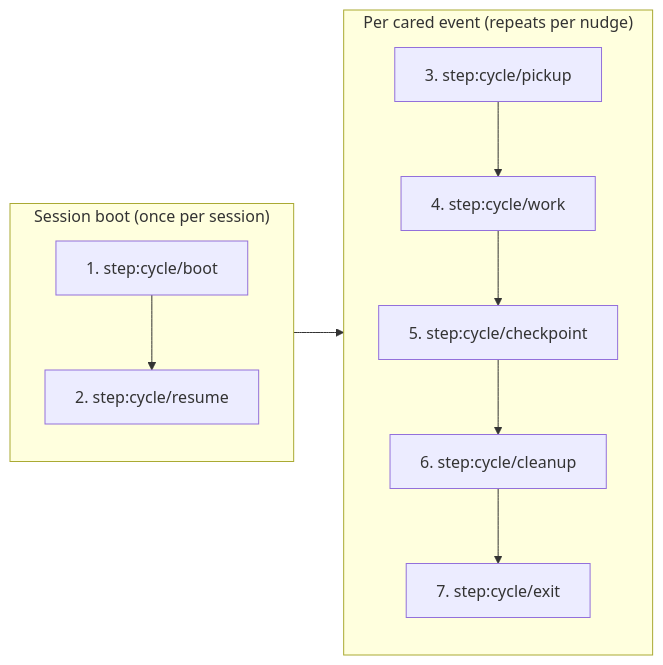
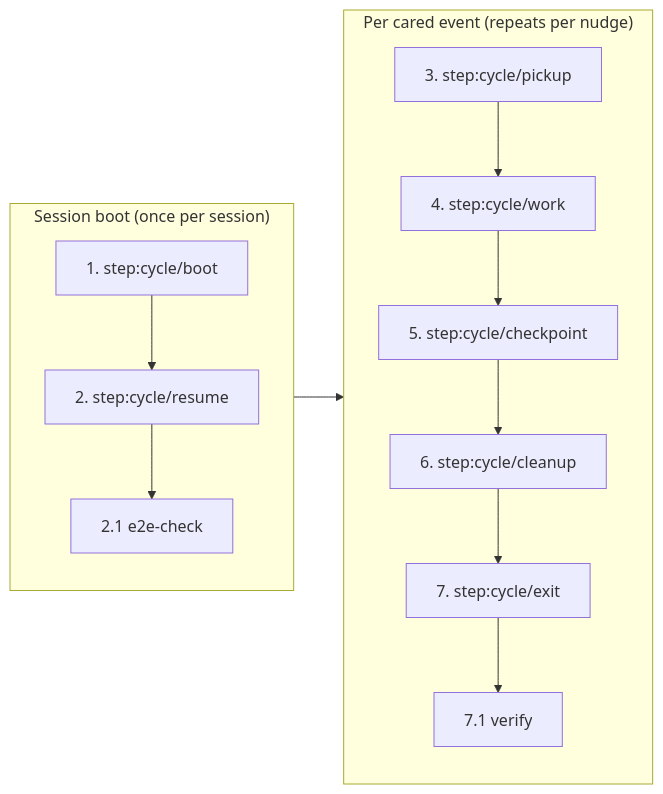
Before and after one commit to WallyDoodlez/SquidSquad: the fourth of 4 diagrams in .squidsquad/qa/CLAUDE.linked.md, drawn with Mermaid. The commit also changed other lines of this file and 11 other files, not shown here.

````diff
--- a/.squidsquad/qa/CLAUDE.linked.md
+++ b/.squidsquad/qa/CLAUDE.linked.md
@@ -339,13 +341,24 @@
 ```mermaid
 flowchart LR
     subgraph SessionBoot["Session boot (once per session)"]
-        S1["1. step:cycle/boot"] --> S2["2. step:cycle/resume"]
+        S1["1. step:cycle/boot"]
+        S2["2. step:cycle/resume"]
+        S2_1["2.1 e2e-check"]
     end
     subgraph WalkLoop["Per cared event (repeats per nudge)"]
-        S3["3. step:cycle/pickup"] --> S4["4. step:cycle/work"]
-        S4 --> S5["5. step:cycle/checkpoint"]
-        S5 --> S6["6. step:cycle/cleanup"]
-        S6 --> S7["7. step:cycle/exit"]
+        S3["3. step:cycle/pickup"]
+        S4["4. step:cycle/work"]
+        S5["5. step:cycle/checkpoint"]
+        S6["6. step:cycle/cleanup"]
+        S7["7. step:cycle/exit"]
+        S7_1["7.1 verify"]
     end
+    S1 --> S2
+    S2 --> S2_1
+    S3 --> S4
+    S4 --> S5
+    S5 --> S6
+    S6 --> S7
+    S7 --> S7_1
     SessionBoot --> WalkLoop
 ```
````
